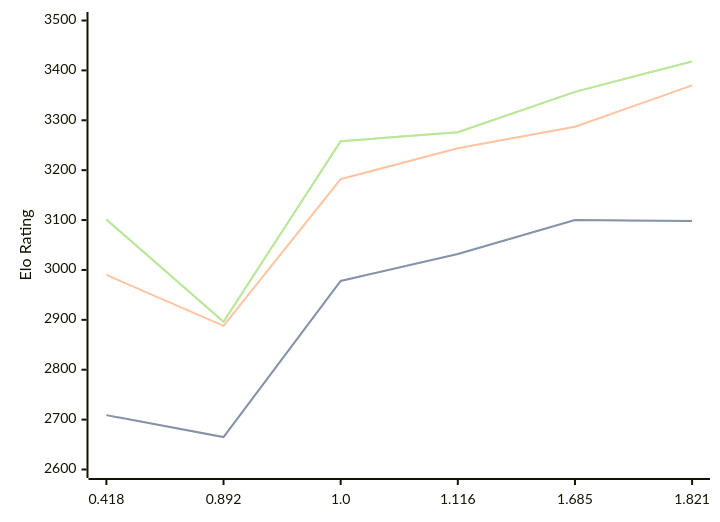
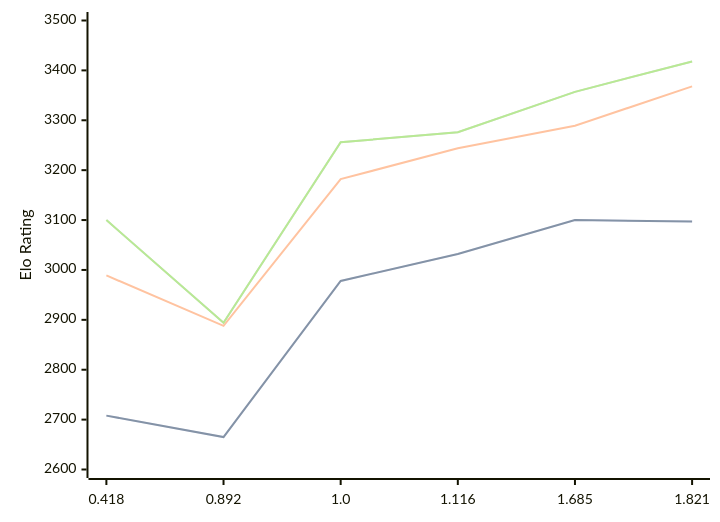
One commit to computer-chess-index/cci changed the diagram in engines/Malika.md. Above: the diagram before and after it, drawn with Mermaid. The commit also changed other lines of this file, not shown here.

Commit message:
Update CCI Ratings (ELO VLTC) - 2026-08-28

````diff
--- a/engines/Malika.md
+++ b/engines/Malika.md
@@ -36,11 +36,11 @@
 ```mermaid
 %%{init: {"theme":"base","themeVariables":{"seriesColors:['#a3a3a3','#222221','#faa371']}}}%%
 xychart-beta
   x-axis ["0.418", "0.892", "1.0", "1.116", "1.685", "1.821"]
   y-axis "Elo Rating" 2600 --> 3500
-  line "" [2709, 2665, 2978, 3032, 3100, 3098]
-  line "STC (8.0+0.08s)" [2709, 2665, 2978, 3032, 3100, 3098]
-  line "LTC (60.0+0.60s)" [2990, 2888, 3182, 3244, 3287, 3370]
-  line "" [3101, 2896, 3258, 3276, 3357, 3418]
-  line "VLTC (2m24s+1.12s)" [3101, 2896, 3258, 3276, 3357, 3418]
+  line "" [2708, 2665, 2978, 3032, 3100, 3097]
+  line "STC (8.0+0.08s)" [2708, 2665, 2978, 3032, 3100, 3097]
+  line "LTC (60.0+0.60s)" [2989, 2888, 3182, 3244, 3289, 3368]
+  line "" [3100, 2894, 3256, 3276, 3357, 3418]
+  line "VLTC (2m24s+1.12s)" [3100, 2894, 3256, 3276, 3357, 3418]
 ```
````
